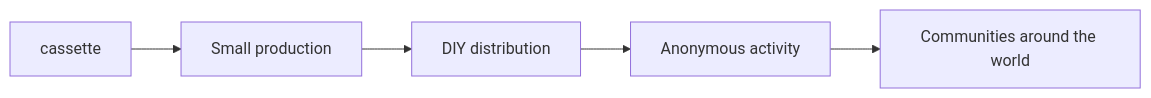
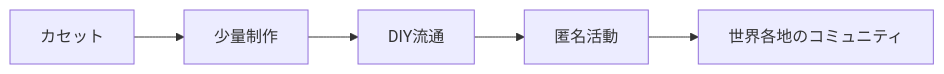
One commit to monumental-movement/monumental-movement.github.io changed the sixth of 9 diagrams in en/_posts/2026-07-07-column-angine-de-poitrine-caroliner-rubber-o-cement.md. Above: the diagram before and after it, drawn with Mermaid. The commit also changed other lines of this file and 2196 other files, not shown here.

```diff
--- a/en/_posts/2026-07-07-column-angine-de-poitrine-caroliner-rubber-o-cement.md
+++ b/en/_posts/2026-07-07-column-angine-de-poitrine-caroliner-rubber-o-cement.md
@@ -682,15 +681,15 @@
 <div class="mermaid">
 flowchart LR
 
-A["cassette"]
-B["Small production"]
-C["DIY distribution"]
-D["Anonymous activity"]
-E["Communities around the world"]
+A["カセット"]
+B["少量制作"]
+C["DIY流通"]
+D["匿名活動"]
+E["世界各地のコミュニティ"]
 
 A --> B
 B --> C
 C --> D
 D --> E
 
 </div>
```
